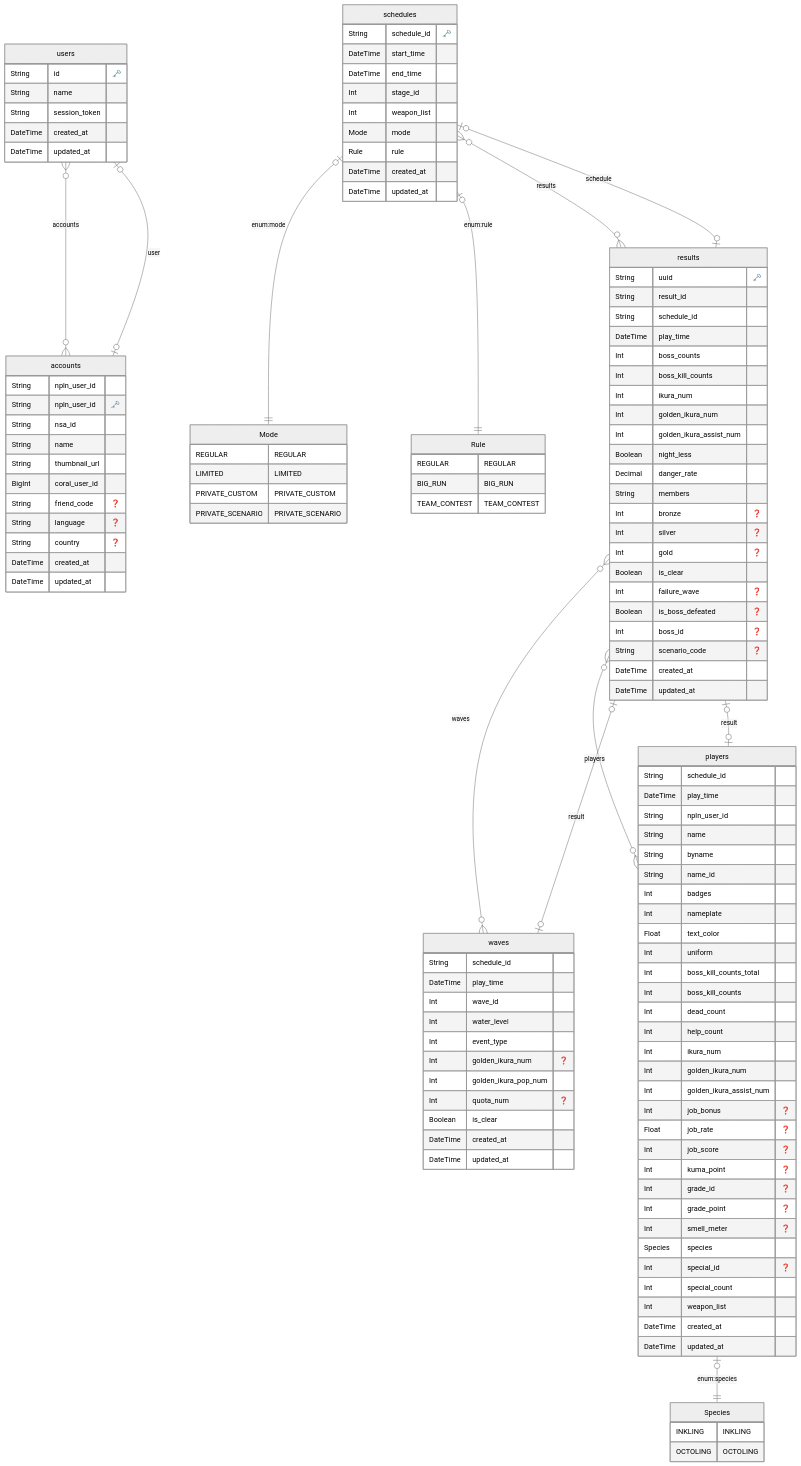
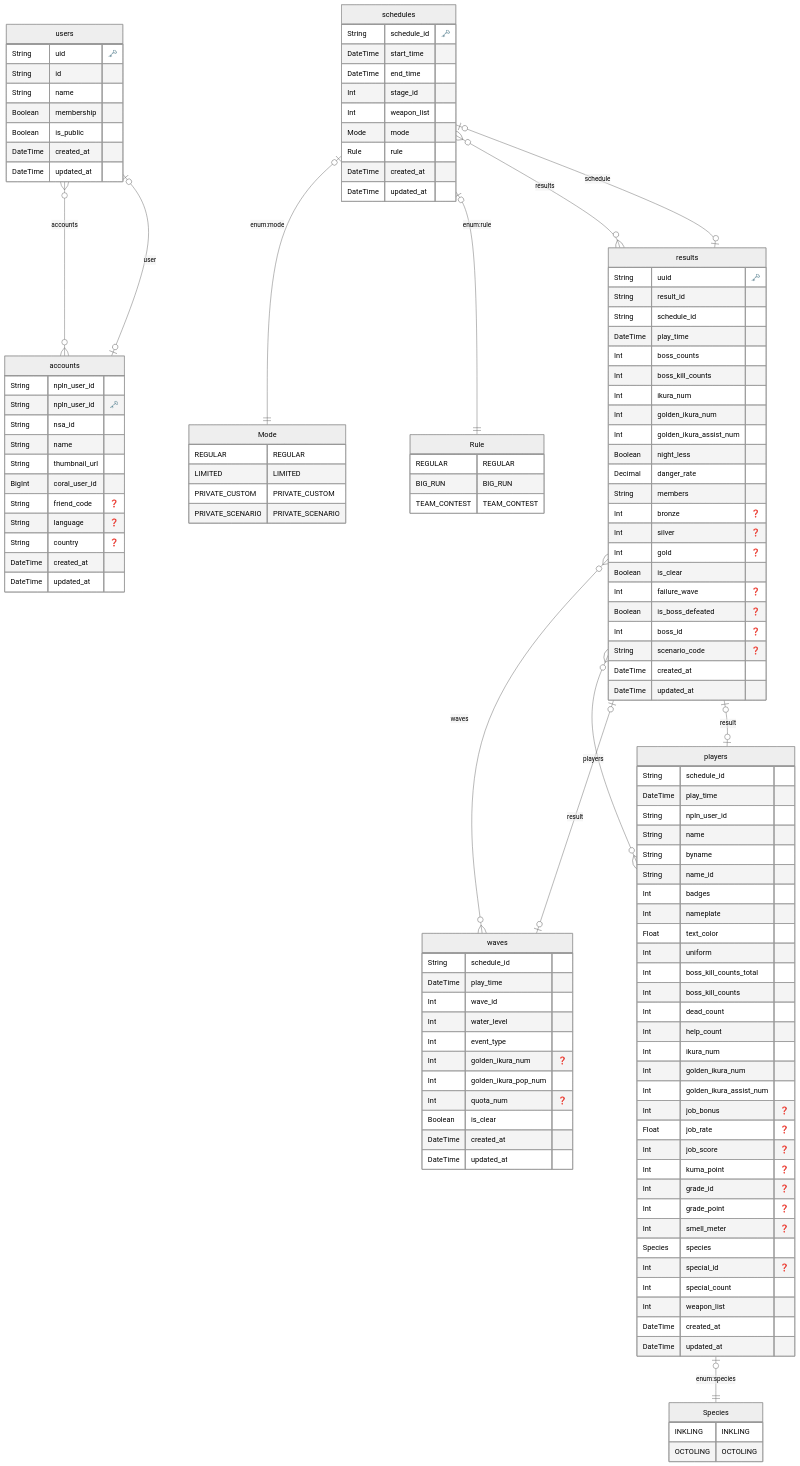
One commit to salmonstats3/av5ja_stats_api changed the diagram in prisma/erd.md. Above: the diagram before and after it, drawn with Mermaid (neutral theme). The commit also changed 11 other files, not shown here.

```diff
--- a/prisma/erd.md
+++ b/prisma/erd.md
@@ -24,9 +24,11 @@
         }
     
   "users" {
-    String id "🗝️"
+    String uid "🗝️"
+    String id 
     String name 
-    String session_token 
+    Boolean membership 
+    Boolean is_public 
     DateTime created_at 
     DateTime updated_at 
     }
```
